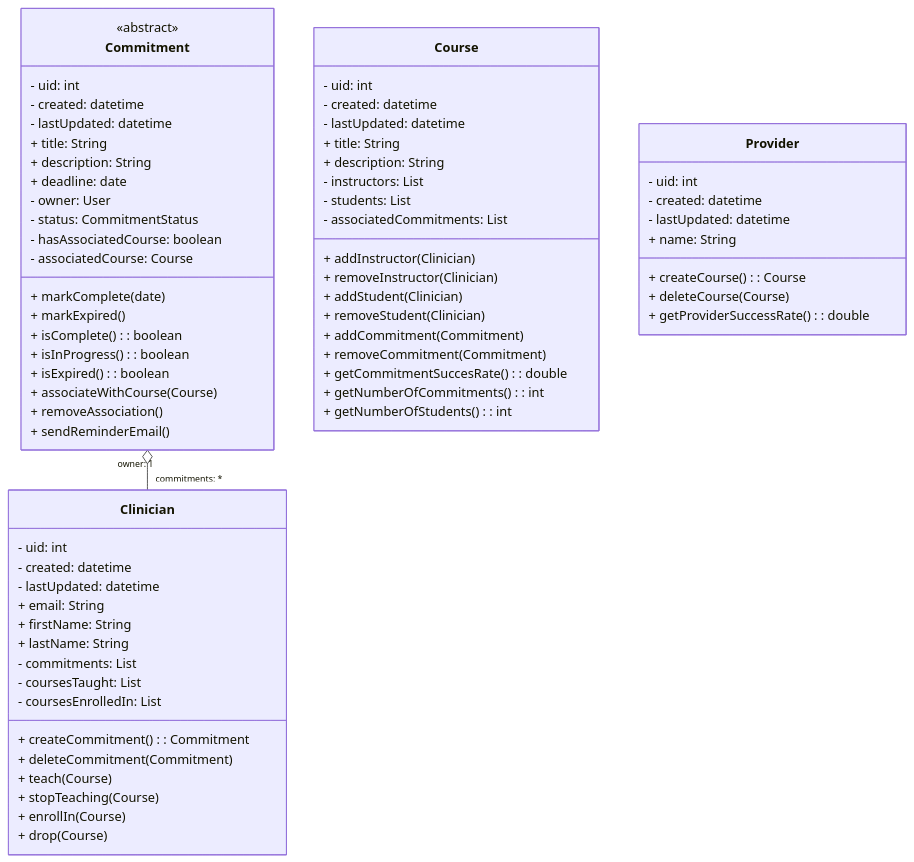
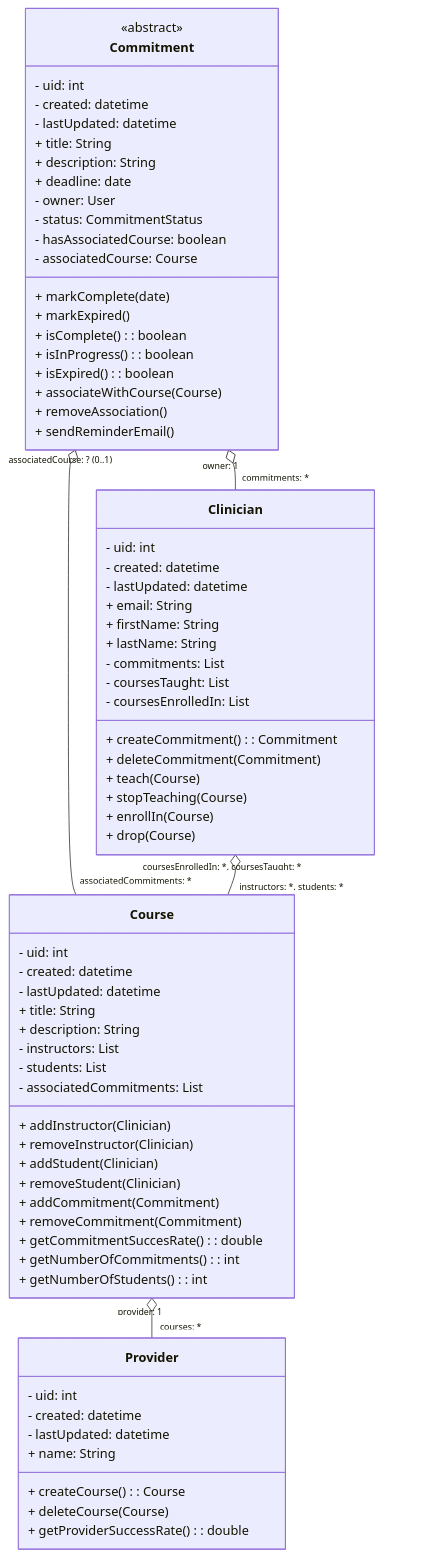
Before and after one commit to lee-blake/CME-Commitment-to-Change: the diagram in Design/DomainModel.md, drawn with Mermaid.

Commit message:
Add main links to domain model mermaid

````diff
--- a/Design/DomainModel.md
+++ b/Design/DomainModel.md
@@ -9,75 +9,78 @@
 ```mermaid
 classDiagram
   class Clinician{
 	- uid: int
     - created: datetime
     - lastUpdated: datetime
     + email: String
     + firstName: String
     + lastName: String
     - commitments: List<Commitment>
     - coursesTaught: List<Course>
     - coursesEnrolledIn: List<Course>	
     + createCommitment(): Commitment
     + deleteCommitment(Commitment)
     + teach(Course)
     + stopTeaching(Course)
     + enrollIn(Course)
     + drop(Course)
   }
 
   class Commitment{
     <<abstract>>
     - uid: int
     - created: datetime
     - lastUpdated: datetime
     + title: String
     + description: String
     + deadline: date
     - owner: User
     - status: CommitmentStatus
     - hasAssociatedCourse: boolean
     - associatedCourse: Course
     + markComplete(date)
     + markExpired()
     + isComplete(): boolean
     + isInProgress(): boolean
     + isExpired(): boolean
     + associateWithCourse(Course)
     + removeAssociation()
     + sendReminderEmail()
   }
 
   class Course{
     - uid: int
     - created: datetime
     - lastUpdated: datetime
     + title: String
     + description: String
     - instructors: List<User>
     - students: List<User>
     - associatedCommitments: List<Commitment>
     + addInstructor(Clinician)
     + removeInstructor(Clinician)
     + addStudent(Clinician)
     + removeStudent(Clinician)
     + addCommitment(Commitment)
     + removeCommitment(Commitment)
     + getCommitmentSuccesRate(): double
     + getNumberOfCommitments(): int
     + getNumberOfStudents(): int
   }
 
   class Provider{
     - uid: int
     - created: datetime
     - lastUpdated: datetime
     + name: String
     + createCourse(): Course
     + deleteCourse(Course)
     + getProviderSuccessRate(): double
   }
 
   Commitment "owner: 1" o-- "commitments: *" Clinician
+  Commitment "associatedCourse: ? (0..1)" o-- "associatedCommitments: *" Course
+  Clinician "coursesEnrolledIn: *, coursesTaught: *" o-- "instructors: *, students: *" Course
+  Course "provider: 1" o-- "courses: *" Provider
 
 ```
````
